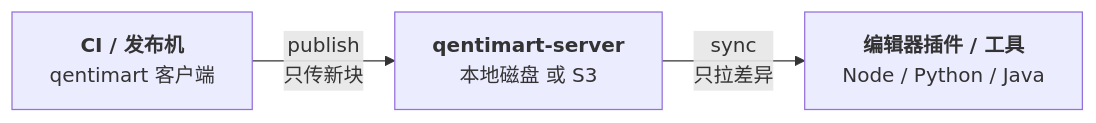
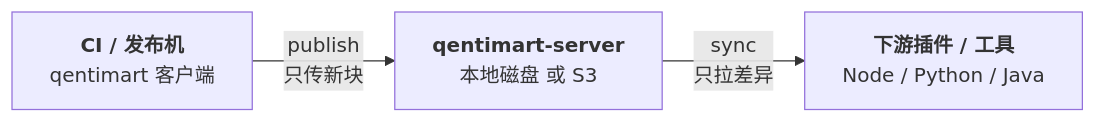
Before and after one commit to Pimeng/QentimArt: the diagram in README.md, drawn with Mermaid. The commit also changed other lines of this file and 7 other files, not shown here.

````diff
--- a/README.md
+++ b/README.md
@@ -30,9 +30,9 @@
 ```mermaid
 graph LR
     A["<b>CI / 发布机</b><br/>qentimart 客户端"]
     B["<b>qentimart-server</b><br/>本地磁盘 或 S3"]
-    C["<b>编辑器插件 / 工具</b><br/>Node / Python / Java"]
+    C["<b>下游插件 / 工具</b><br/>Node / Python / Java"]
 
     A -->|"publish<br/>只传新块"| B
     B -->|"sync<br/>只拉差异"| C
 ```
````
